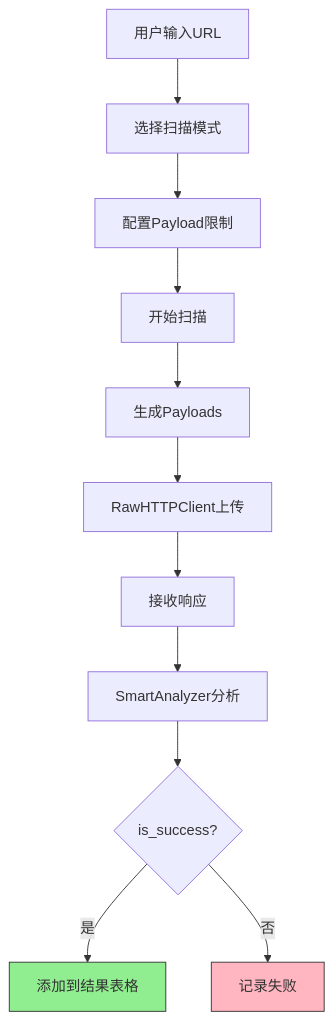
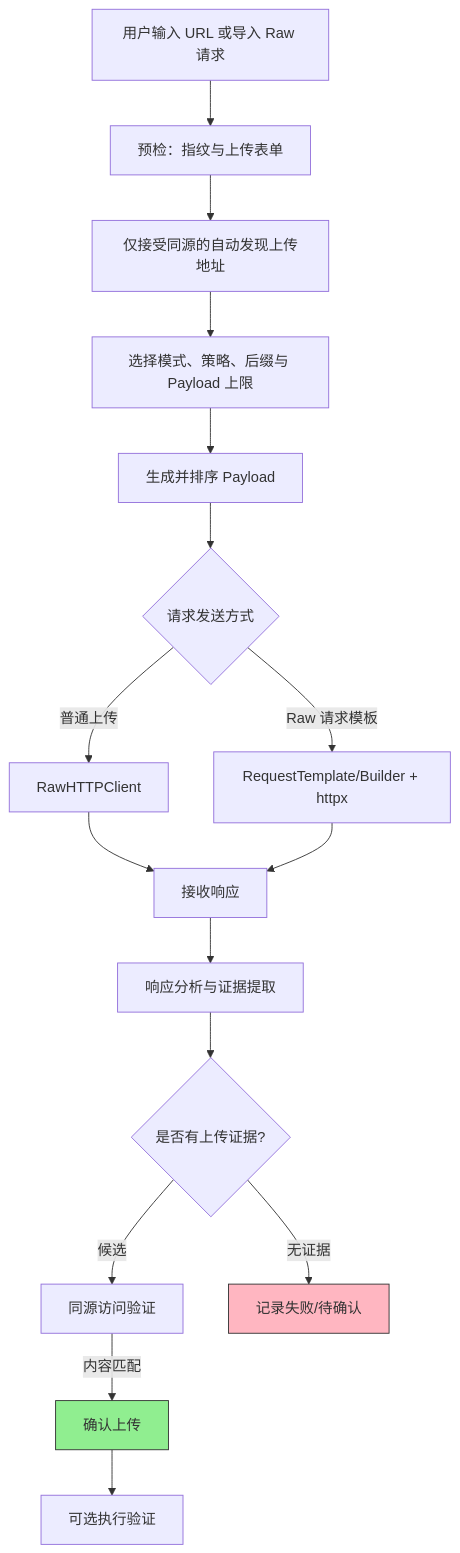
One commit to Gentle-bae/UploadRanger changed the first of 3 diagrams in README.md. Above: the diagram before and after it, drawn with Mermaid. The commit also changed other lines of this file and 54 other files, not shown here.

````diff
--- a/README.md
+++ b/README.md
@@ -30,16 +43,21 @@
 ```mermaid
 graph TD
-    A[用户输入URL] --> B[选择扫描模式]
-    B --> C[配置Payload限制]
-    C --> D[开始扫描]
-    D --> E[生成Payloads]
-    E --> F[RawHTTPClient上传]
-    F --> G[接收响应]
-    G --> H[SmartAnalyzer分析]
-    H --> I{is_success?}
-    I -->|是| J[添加到结果表格]
-    I -->|否| K[记录失败]
+    A[用户输入 URL 或导入 Raw 请求] --> B[预检：指纹与上传表单]
+    B --> C[仅接受同源的自动发现上传地址]
+    C --> D[选择模式、策略、后缀与 Payload 上限]
+    D --> E[生成并排序 Payload]
+    E --> F{请求发送方式}
+    F -->|普通上传| G[RawHTTPClient]
+    F -->|Raw 请求模板| H[RequestTemplate/Builder + httpx]
+    G --> I[接收响应]
+    H --> I
+    I --> J[响应分析与证据提取]
+    J --> K{是否有上传证据?}
+    K -->|候选| L[同源访问验证]
+    L -->|内容匹配| M[确认上传]
+    M --> N[可选执行验证]
+    K -->|无证据| O[记录失败/待确认]
     
-    style J fill:#90EE90,stroke:#333
-    style K fill:#FFB6C1,stroke:#333
+    style M fill:#90EE90,stroke:#333
+    style O fill:#FFB6C1,stroke:#333
 ```
````
